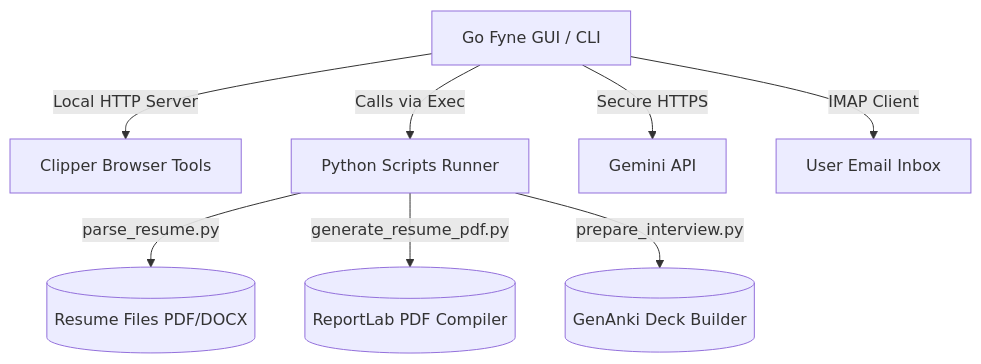
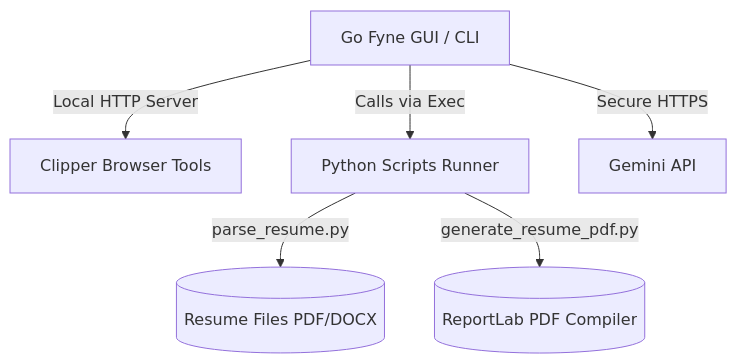
One commit to bot-bbio/legaj changed the diagram in README.md. Above: the diagram before and after it, drawn with Mermaid. The commit also changed other lines of this file and 20 other files, not shown here.

````diff
--- a/README.md
+++ b/README.md
@@ -29,10 +28,8 @@
 ```mermaid
 graph TD
     A[Go Fyne GUI / CLI] -->|Local HTTP Server| B[Clipper Browser Tools]
     A -->|Calls via Exec| C[Python Scripts Runner]
     C -->|parse_resume.py| D[(Resume Files PDF/DOCX)]
     C -->|generate_resume_pdf.py| E[(ReportLab PDF Compiler)]
-    C -->|prepare_interview.py| F[(GenAnki Deck Builder)]
     A -->|Secure HTTPS| G[Gemini API]
-    A -->|IMAP Client| H[User Email Inbox]
 ```
````
